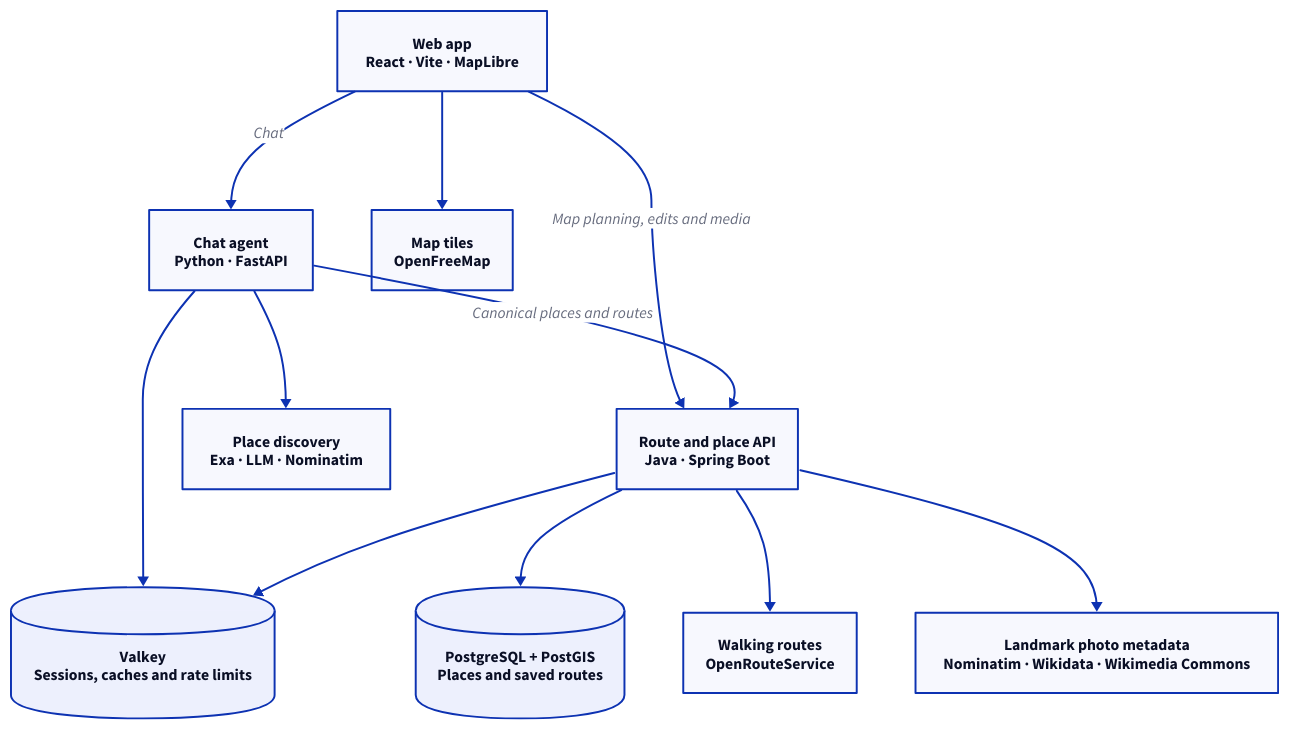
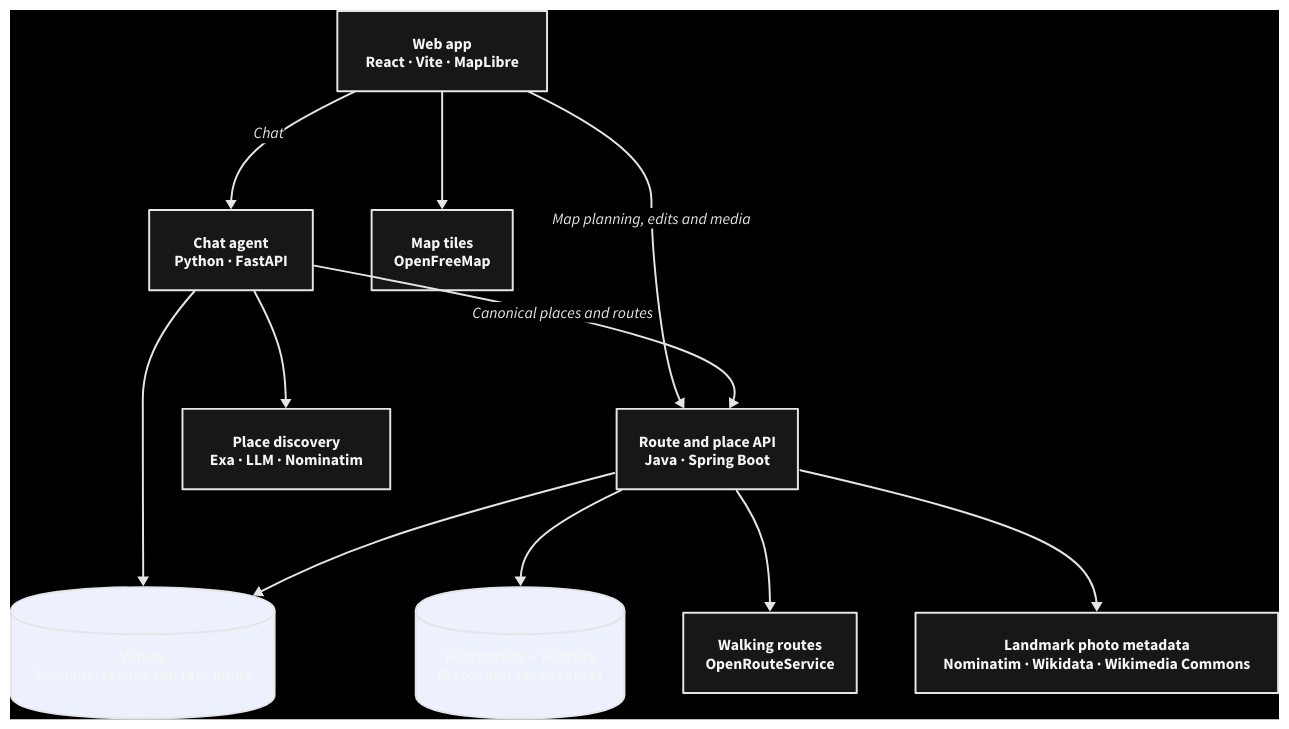
Before and after one commit to uksus148/trego.: the diagram in docs/architecture/system.d2, drawn with D2. The commit also changed 5 other files, not shown here.

Commit message:
docs(repo): add a product screenshot and dark architecture diagrams

```diff
--- a/docs/architecture/system.d2
+++ b/docs/architecture/system.d2
@@ -1,24 +1,44 @@
+vars: {
+  d2-config: {
+    theme-overrides: {
+      N1: "#F5F5F5"
+      N2: "#E5E5E5"
+      N3: "#A3A3A3"
+      N4: "#737373"
+      N5: "#404040"
+      N6: "#262626"
+      N7: "#000000"
+      B1: "#E5E5E5"
+      B2: "#A3A3A3"
+      B3: "#737373"
+      B4: "#404040"
+      B5: "#171717"
+      B6: "#171717"
+    }
+  }
+}
+
 direction: down
 
 browser: "Web app\nReact · Vite · MapLibre"
 agent: "Chat agent\nPython · FastAPI"
 api: "Route and place API\nJava · Spring Boot"
 
 postgres: "PostgreSQL + PostGIS\nPlaces and saved routes" {shape: cylinder}
 valkey: "Valkey\nSessions, caches and rate limits" {shape: cylinder}
 
 tiles: "Map tiles\nOpenFreeMap"
 discovery: "Place discovery\nExa · LLM · Nominatim"
 routing: "Walking routes\nOpenRouteService"
 media: "Landmark photo metadata\nNominatim · Wikidata · Wikimedia Commons"
 
 browser -> tiles
 browser -> agent: Chat
 browser -> api: Map planning, edits and media
 agent -> discovery
 agent -> api: Canonical places and routes
 agent -> valkey
 api -> valkey
 api -> postgres
 api -> routing
 api -> media
```
